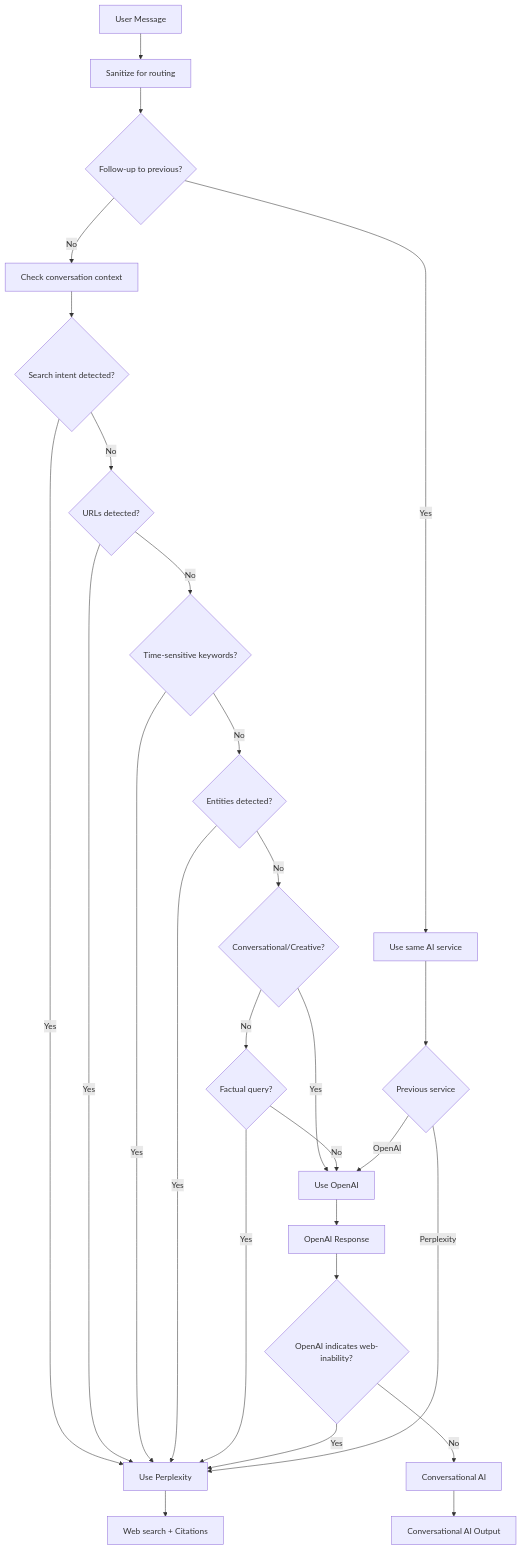
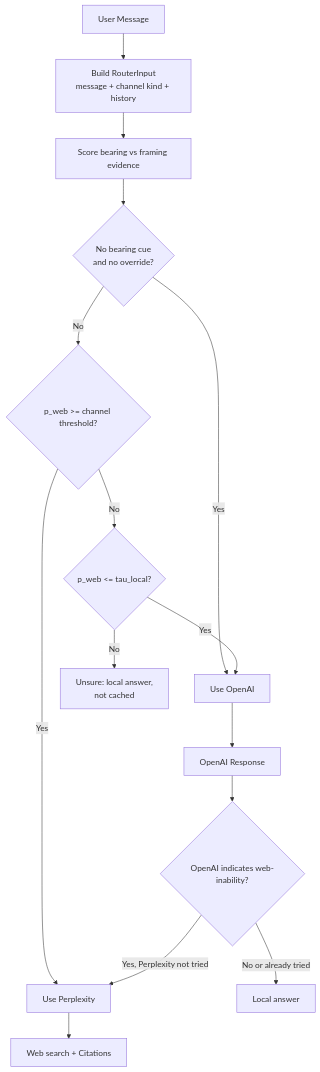
One commit to johndotpub/DiscordianAI changed the diagram in docs/README.md. Above: the diagram before and after it, drawn with Mermaid. The commit also changed other lines of this file and 33 other files, not shown here.

````diff
--- a/docs/README.md
+++ b/docs/README.md
@@ -46,38 +46,23 @@
 ```mermaid
 flowchart TD
-    A[User Message] --> S[Sanitize for routing]
-    S --> B{Follow-up to previous?}
-    B -->|Yes| C[Use same AI service]
-    B -->|No| D[Check conversation context]
+    A[User Message] --> S[Build RouterInput
+message + channel kind + history]
+    S --> D[Score bearing vs framing evidence]
+    D --> G{No bearing cue
+and no override?}
+    G -->|Yes| J[Use OpenAI]
+    G -->|No| T{p_web >= channel threshold?}
+    T -->|Yes| F[Use Perplexity]
+    T -->|No| L{p_web <= tau_local?}
+    L -->|Yes| J
+    L -->|No| U[Unsure: local answer,
+not cached]
 
-    D --> SI{Search intent detected?}
-    SI -->|Yes| F[Use Perplexity]
-    SI -->|No| E{URLs detected?}
-
-    E -->|Yes| F[Use Perplexity]
-    E -->|No| G{Time-sensitive keywords?}
-
-    G -->|Yes| F
-    G -->|No| H{Entities detected?}
-
-    H -->|Yes| F
-    H -->|No| I{Conversational/Creative?}
-
-    I -->|Yes| J[Use OpenAI]
-    I -->|No| K{Factual query?}
-
-    K -->|Yes| F
-    K -->|No| J
-
-    %% OpenAI path includes a web-inability check that can reroute to Perplexity
+    %% OpenAI path includes a web-inability check that can reroute to Perplexity once
     J --> O[OpenAI Response]
     O --> WI{OpenAI indicates web-inability?}
-    WI -->|Yes| F
-    WI -->|No| M[Conversational AI]
+    WI -->|Yes, Perplexity not tried| F
+    WI -->|No or already tried| M[Local answer]
 
-    F --> L[Web search + Citations]
-    M --> X[Conversational AI Output]
-    C --> N{Previous service}
-    N -->|OpenAI| J
-    N -->|Perplexity| F
+    F --> L2[Web search + Citations]
 ```
````
